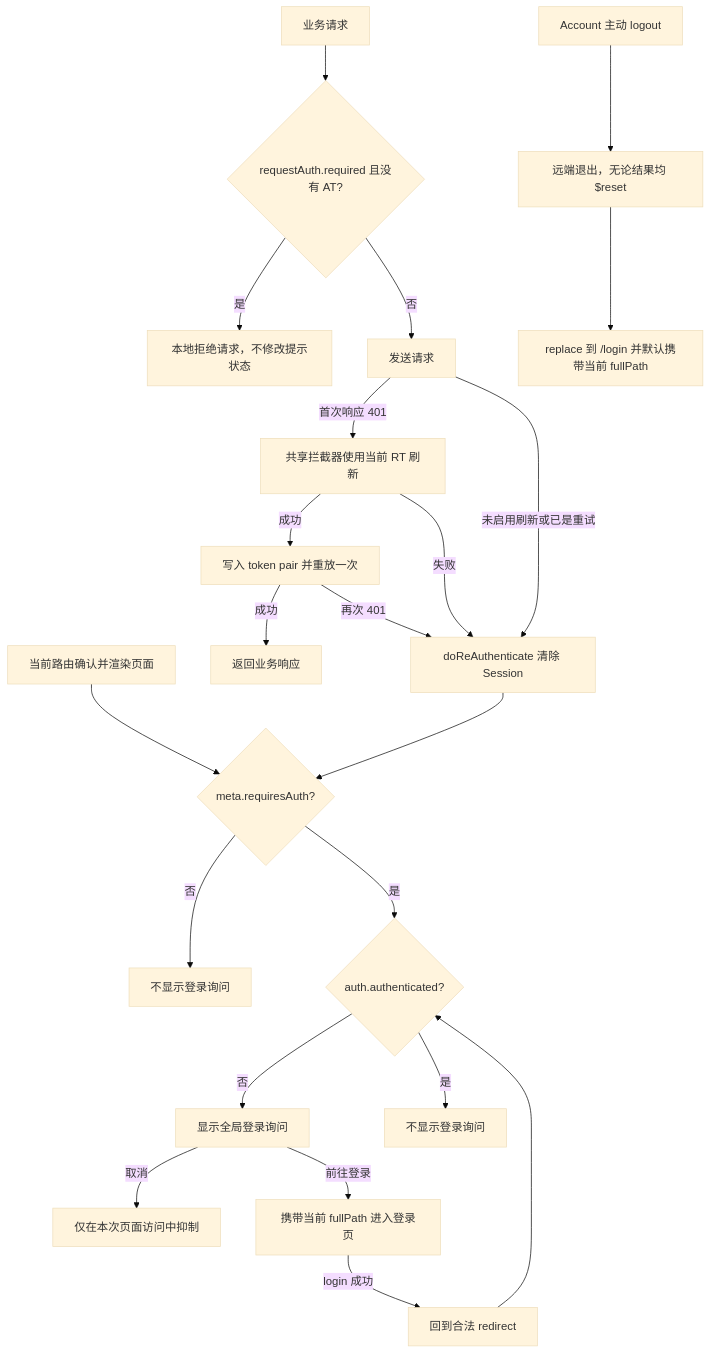
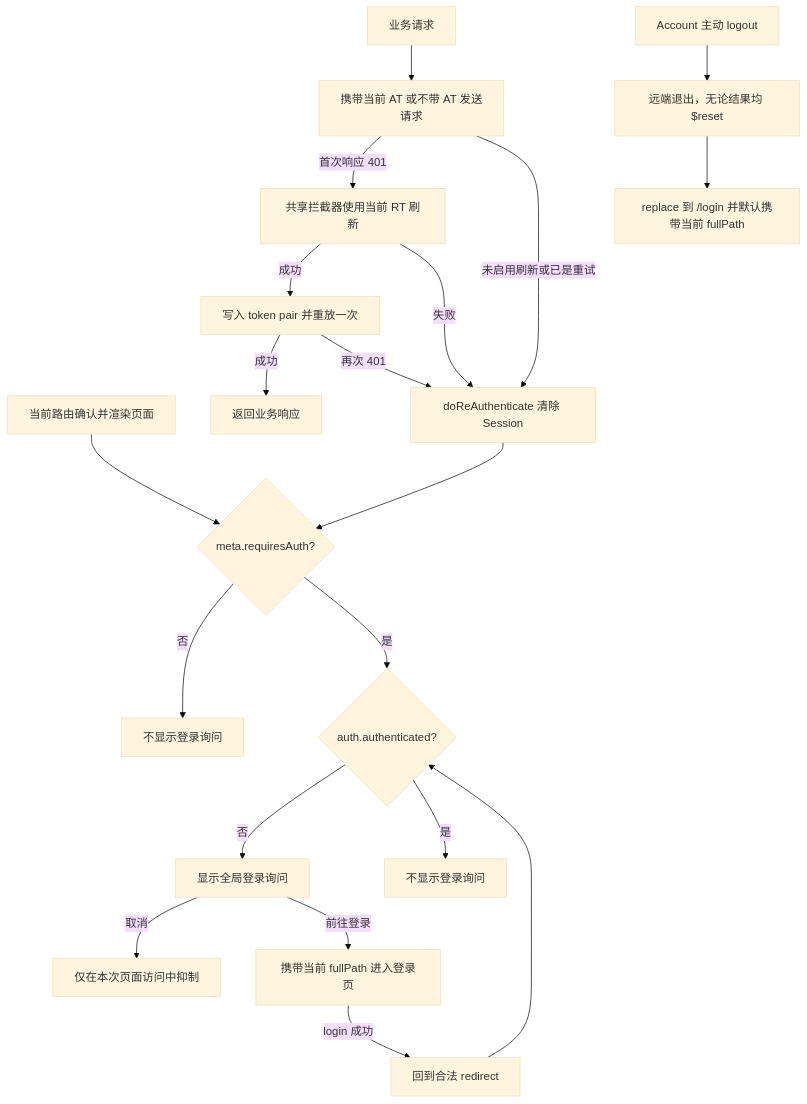
The diagram in docs/plans/mobile-application-plan.md (1gnilc/novum), drawn with Mermaid (base theme) before and after one commit. The commit also changed other lines of this file and 6 other files, not shown here.

````diff
--- a/docs/plans/mobile-application-plan.md
+++ b/docs/plans/mobile-application-plan.md
@@ -405,26 +397,24 @@
 ```mermaid
 flowchart TD
     A[当前路由确认并渲染页面] --> B{meta.requiresAuth?}
     B -->|否| C[不显示登录询问]
     B -->|是| D{auth.authenticated?}
     D -->|否| E[显示全局登录询问]
     D -->|是| F[不显示登录询问]
     E -->|取消| G[仅在本次页面访问中抑制]
     E -->|前往登录| H[携带当前 fullPath 进入登录页]
     H -->|login 成功| I[回到合法 redirect]
     I --> D
 
-    J[业务请求] --> K{requestAuth.required 且没有 AT?}
-    K -->|是| L[本地拒绝请求，不修改提示状态]
-    K -->|否| M[发送请求]
+    J[业务请求] --> M[携带当前 AT 或不带 AT 发送请求]
     M -->|首次响应 401| N[共享拦截器使用当前 RT 刷新]
     N -->|成功| O[写入 token pair 并重放一次]
     O -->|成功| P[返回业务响应]
     O -->|再次 401| Q[doReAuthenticate 清除 Session]
     N -->|失败| Q
     M -->|未启用刷新或已是重试| Q
     Q --> B
 
     R[Account 主动 logout] --> S[远端退出，无论结果均 $reset]
     S --> T[replace 到 /login 并默认携带当前 fullPath]
 ```
````
